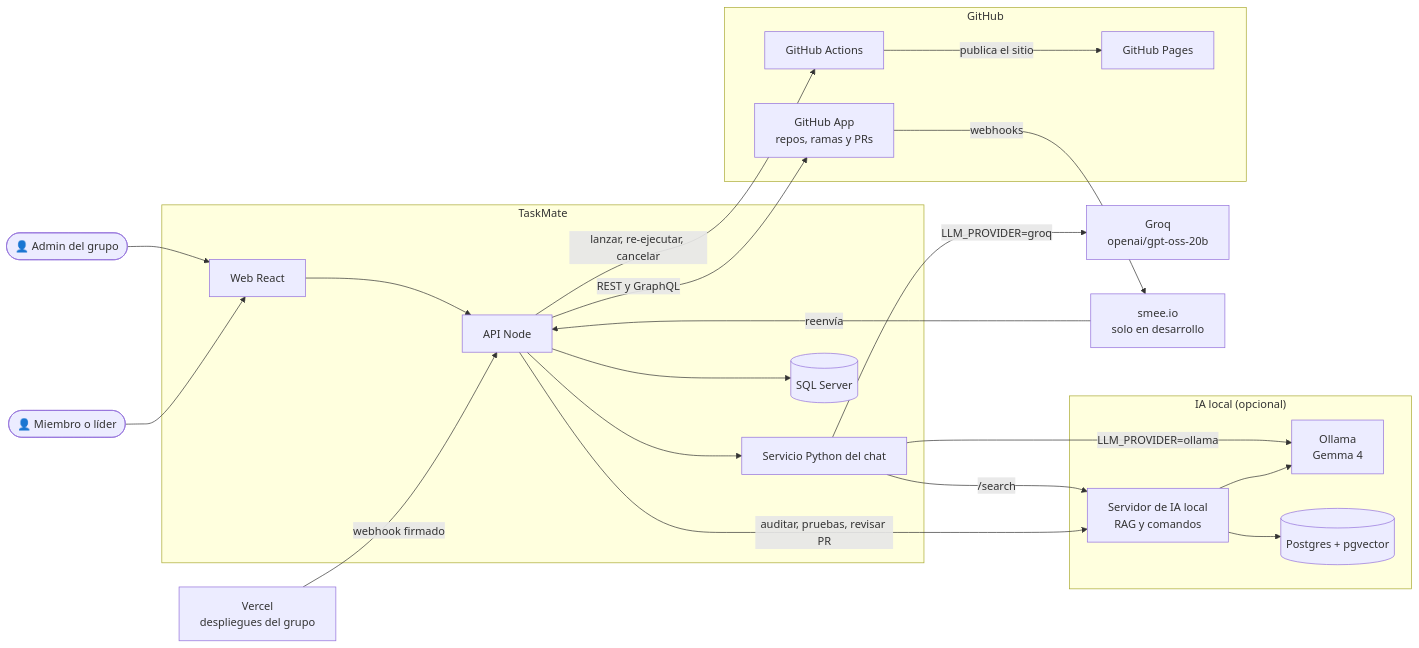
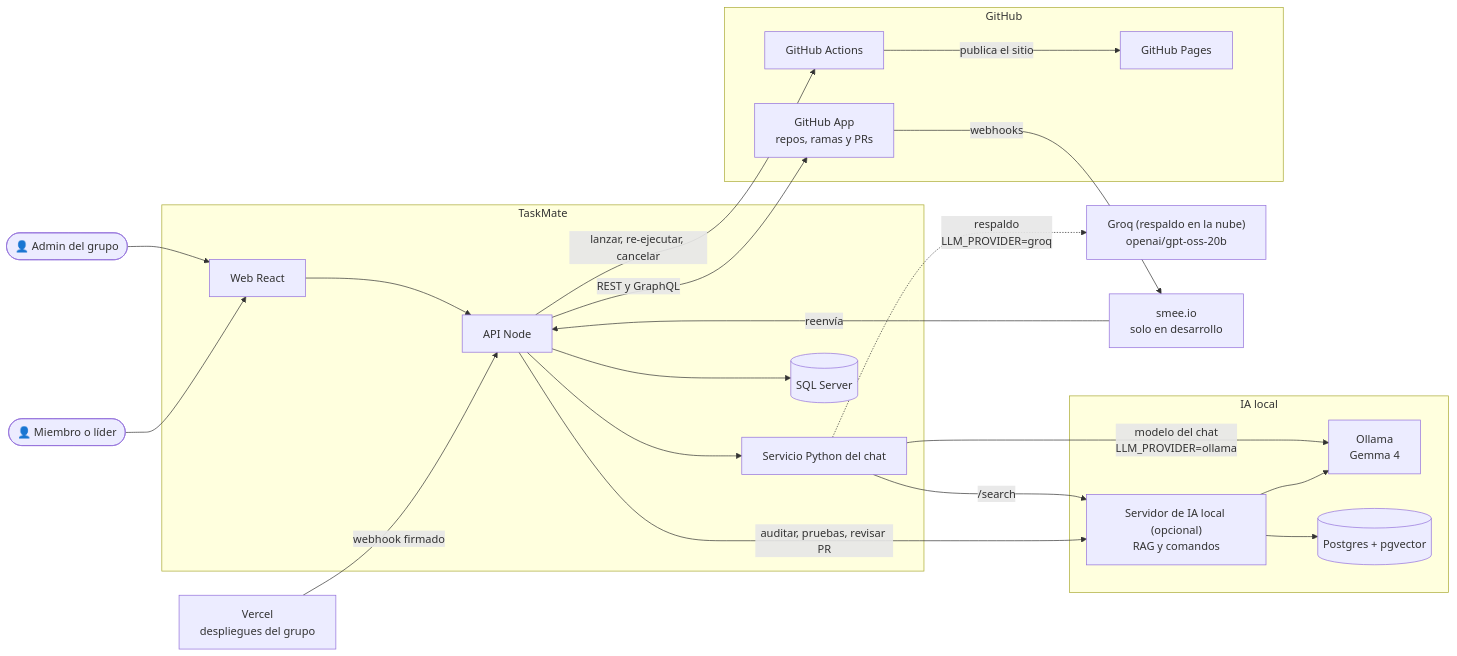
One commit to PabloP150/proyecto-is-cc6 changed the diagram in documentacion/02-arquitectura/00-general.md. Above: the diagram before and after it, drawn with Mermaid. The commit also changed other lines of this file and 78 other files, not shown here.

First line of the commit message:
docs: present the local model (Gemma 4 on Ollama) as TaskMate's AI and Groq as the cloud fallback

````diff
--- a/documentacion/02-arquitectura/00-general.md
+++ b/documentacion/02-arquitectura/00-general.md
@@ -32,42 +33,42 @@
 ```mermaid
 flowchart LR
     admin(["👤 Admin del grupo"])
     miembro(["👤 Miembro o líder"])
     subgraph TM["TaskMate"]
         web["Web React"]
         api["API Node"]
         py["Servicio Python del chat"]
         db[("SQL Server")]
     end
-    subgraph IAL["IA local (opcional)"]
-        ais["Servidor de IA local<br/>RAG y comandos"]
+    subgraph IAL["IA local"]
+        ais["Servidor de IA local (opcional)<br/>RAG y comandos"]
         ollama["Ollama<br/>Gemma 4"]
         pg[("Postgres + pgvector")]
     end
-    groq["Groq<br/>openai/gpt-oss-20b"]
+    groq["Groq (respaldo en la nube)<br/>openai/gpt-oss-20b"]
     subgraph GH["GitHub"]
         app["GitHub App<br/>repos, ramas y PRs"]
         actions["GitHub Actions"]
         pages["GitHub Pages"]
     end
     smee["smee.io<br/>solo en desarrollo"]
     vercel["Vercel<br/>despliegues del grupo"]
 
     admin --> web
     miembro --> web
     web --> api
     api --> py
     api --> db
-    py -->|"LLM_PROVIDER=groq"| groq
-    py -->|"LLM_PROVIDER=ollama"| ollama
+    py -->|"modelo del chat<br/>LLM_PROVIDER=ollama"| ollama
+    py -.->|"respaldo<br/>LLM_PROVIDER=groq"| groq
     py -->|"/search"| ais
     api -->|"auditar, pruebas, revisar PR"| ais
     ais --> ollama
     ais --> pg
     api -->|"REST y GraphQL"| app
     api -->|"lanzar, re-ejecutar, cancelar"| actions
     actions -->|"publica el sitio"| pages
     app -->|"webhooks"| smee
     smee -->|"reenvía"| api
     vercel -->|"webhook firmado"| api
 ```
````
